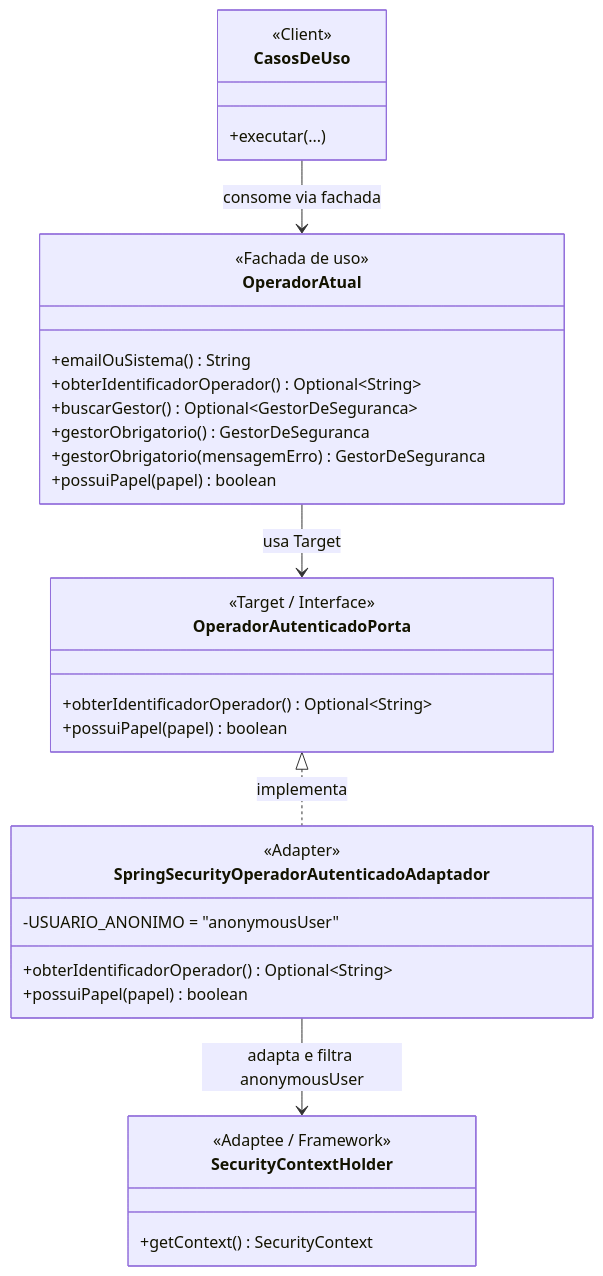
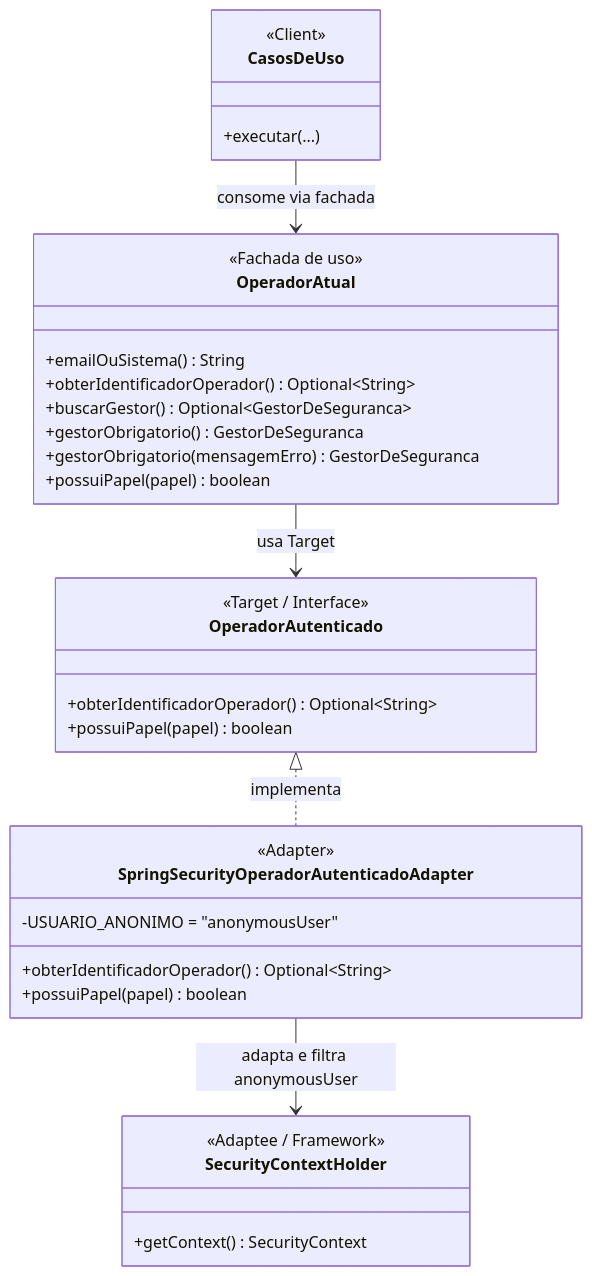
The fifth of 6 diagrams in docs/arquitetura/padroes-de-projeto.md (yIuriy/rp-iv-grupo03-safeplace), drawn with Mermaid before and after one commit. The commit also changed other lines of this file and 264 other files, not shown here.

````diff
--- a/docs/arquitetura/padroes-de-projeto.md
+++ b/docs/arquitetura/padroes-de-projeto.md
@@ -417,37 +417,37 @@
 ```mermaid
 classDiagram
   direction TB
   class SecurityContextHolder {
     <<Adaptee / Framework>>
     +getContext() SecurityContext
   }
-  class OperadorAutenticadoPorta {
+  class OperadorAutenticado {
     <<Target / Interface>>
     +obterIdentificadorOperador() Optional~String~
     +possuiPapel(papel) boolean
   }
-  class SpringSecurityOperadorAutenticadoAdaptador {
+  class SpringSecurityOperadorAutenticadoAdapter {
     <<Adapter>>
     -USUARIO_ANONIMO = "anonymousUser"
     +obterIdentificadorOperador() Optional~String~
     +possuiPapel(papel) boolean
   }
   class OperadorAtual {
     <<Fachada de uso>>
     +emailOuSistema() String
     +obterIdentificadorOperador() Optional~String~
     +buscarGestor() Optional~GestorDeSeguranca~
     +gestorObrigatorio() GestorDeSeguranca
     +gestorObrigatorio(mensagemErro) GestorDeSeguranca
     +possuiPapel(papel) boolean
   }
   class CasosDeUso {
     <<Client>>
     +executar(...)
   }
 
-  OperadorAutenticadoPorta <|.. SpringSecurityOperadorAutenticadoAdaptador : implementa
-  SpringSecurityOperadorAutenticadoAdaptador --> SecurityContextHolder : adapta e filtra anonymousUser
-  OperadorAtual --> OperadorAutenticadoPorta : usa Target
+  OperadorAutenticado <|.. SpringSecurityOperadorAutenticadoAdapter : implementa
+  SpringSecurityOperadorAutenticadoAdapter --> SecurityContextHolder : adapta e filtra anonymousUser
+  OperadorAtual --> OperadorAutenticado : usa Target
   CasosDeUso --> OperadorAtual : consome via fachada
 ```
````
